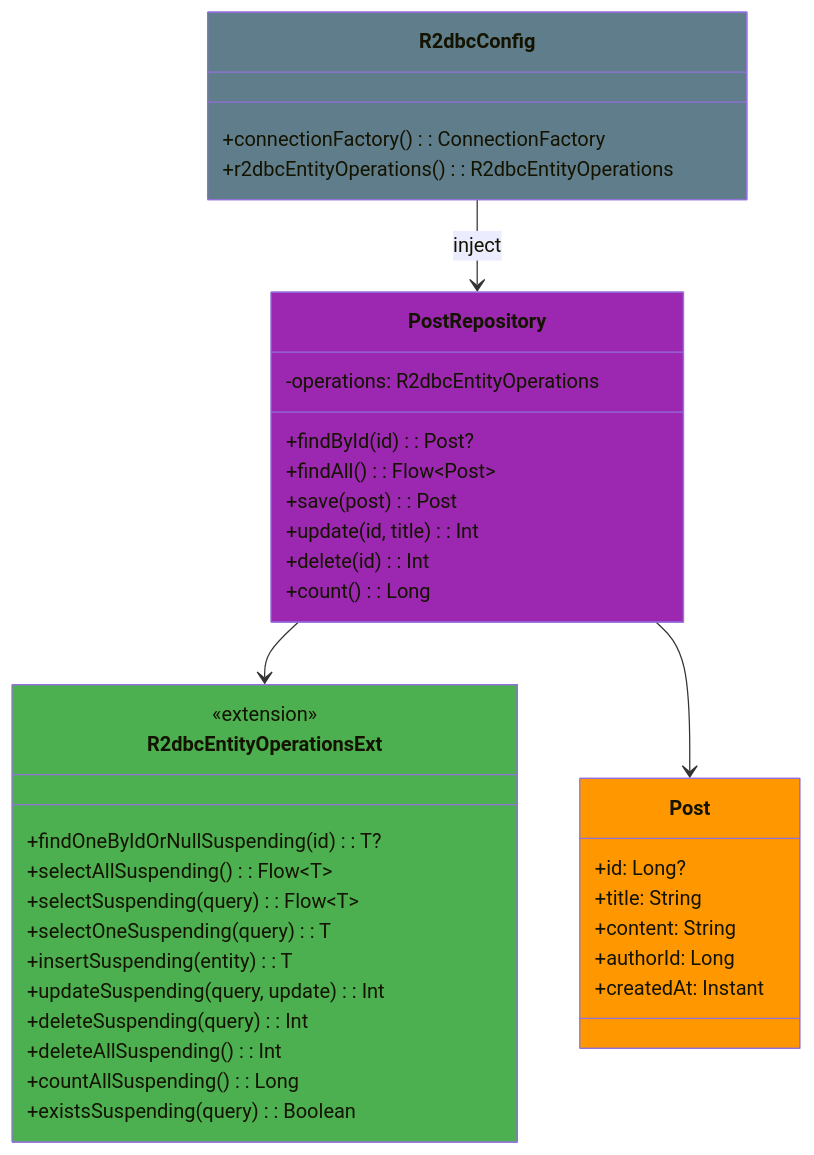
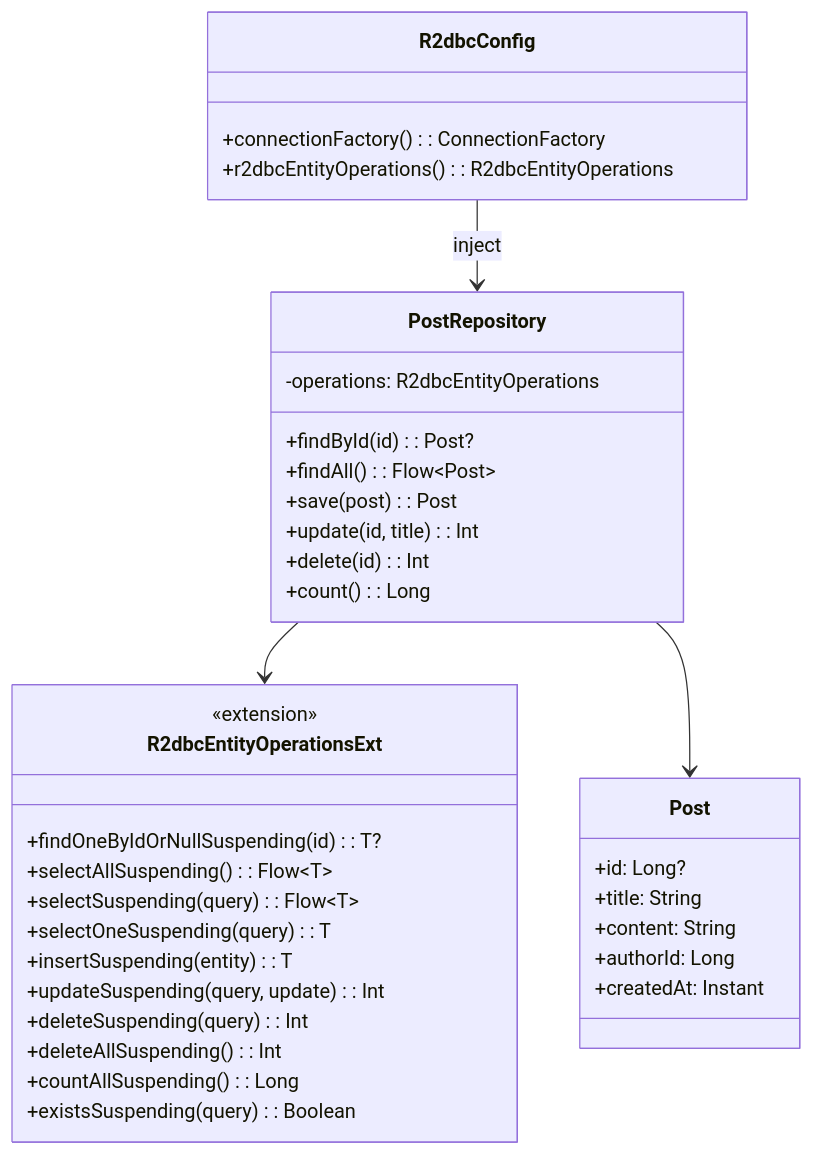
Before and after one commit to bluetape4k/bluetape4k-projects: the first of 4 diagrams in spring-boot4/r2dbc/README.md, drawn with Mermaid. The commit also changed 95 other files, not shown here.

First line of the commit message:
docs: Mermaid 파서 오류 전체 수정 (IntelliJ IDEA 호환)

````diff
--- a/spring-boot4/r2dbc/README.md
+++ b/spring-boot4/r2dbc/README.md
@@ -116,46 +116,40 @@
 ```mermaid
 classDiagram
-    class PostRepository:::repoStyle {
+    class PostRepository {
         -operations: R2dbcEntityOperations
         +findById(id): Post?
         +findAll(): Flow~Post~
         +save(post): Post
         +update(id, title): Int
         +delete(id): Int
         +count(): Long
     }
-    class R2dbcEntityOperationsExt:::serviceStyle {
+    class R2dbcEntityOperationsExt {
         <<extension>>
         +findOneByIdOrNullSuspending(id): T?
         +selectAllSuspending(): Flow~T~
         +selectSuspending(query): Flow~T~
         +selectOneSuspending(query): T
         +insertSuspending(entity): T
         +updateSuspending(query, update): Int
         +deleteSuspending(query): Int
         +deleteAllSuspending(): Int
         +countAllSuspending(): Long
         +existsSuspending(query): Boolean
     }
-    class Post:::entityStyle {
+    class Post {
         +id: Long?
         +title: String
         +content: String
         +authorId: Long
         +createdAt: Instant
     }
-    class R2dbcConfig:::configStyle {
+    class R2dbcConfig {
         +connectionFactory(): ConnectionFactory
         +r2dbcEntityOperations(): R2dbcEntityOperations
     }
-    classDef controllerStyle fill:#2196F3
-    classDef serviceStyle fill:#4CAF50
-    classDef repoStyle fill:#9C27B0
-    classDef entityStyle fill:#FF9800
-    classDef configStyle fill:#607D8B
-    classDef cacheStyle fill:#F44336
 
     PostRepository --> R2dbcEntityOperationsExt
     PostRepository --> Post
     R2dbcConfig --> PostRepository : inject
 ```
````
